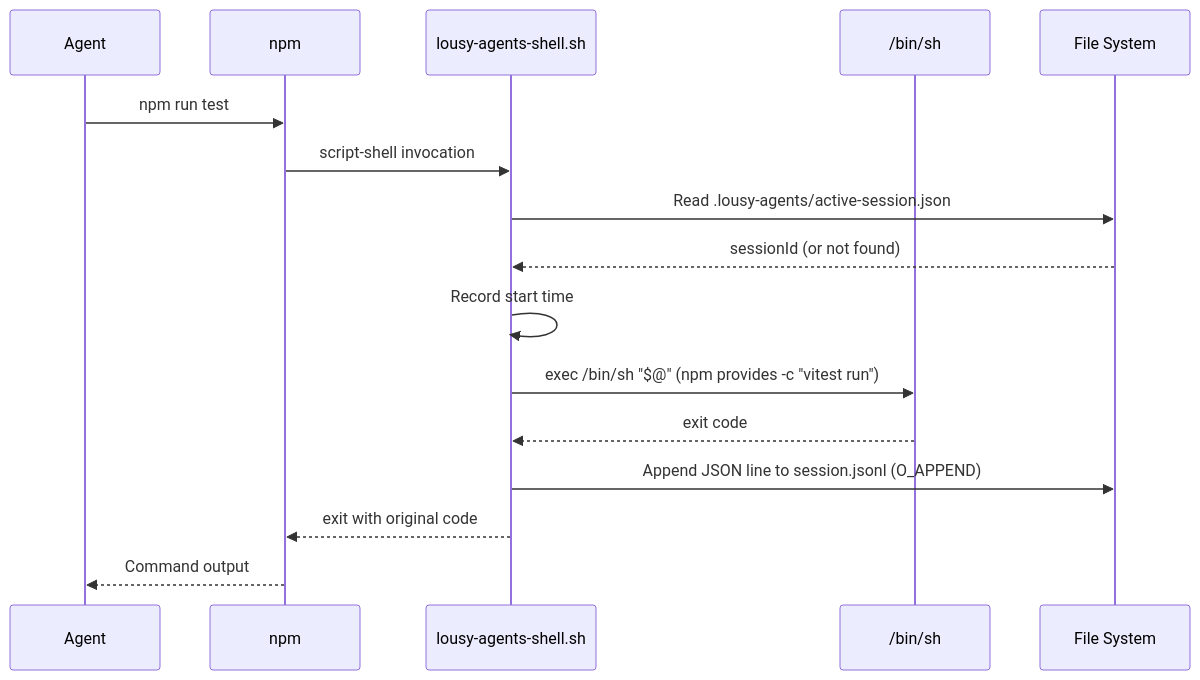
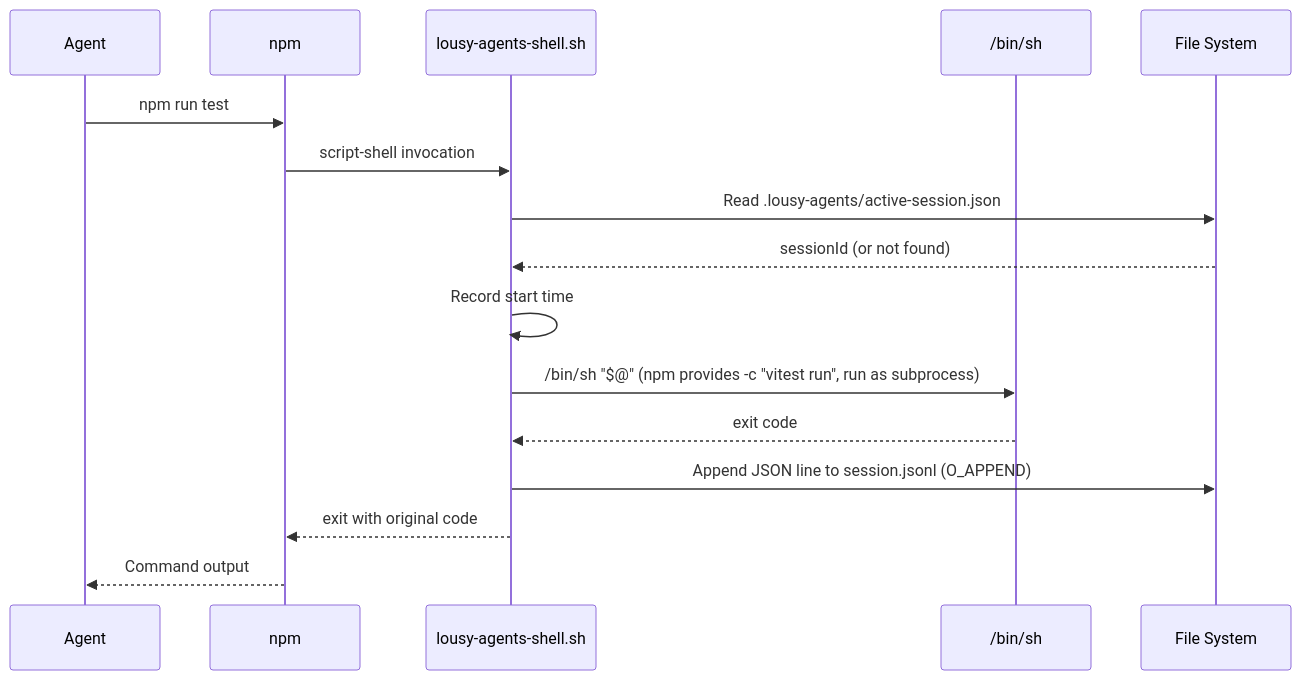
One commit to zpratt/lousy-agents changed the third of 3 diagrams in .github/specs/feedback-loop-checkpoint-tools.spec.md. Above: the diagram before and after it, drawn with Mermaid. The commit also changed other lines of this file, not shown here.

````diff
--- a/.github/specs/feedback-loop-checkpoint-tools.spec.md
+++ b/.github/specs/feedback-loop-checkpoint-tools.spec.md
@@ -227,19 +227,19 @@
 ```mermaid
 sequenceDiagram
     participant Agent
     participant npm
     participant Wrapper as lousy-agents-shell.sh
     participant Shell as /bin/sh
     participant FS as File System
 
     Agent->>npm: npm run test
     npm->>Wrapper: script-shell invocation
     Wrapper->>FS: Read .lousy-agents/active-session.json
     FS-->>Wrapper: sessionId (or not found)
     Wrapper->>Wrapper: Record start time
-    Wrapper->>Shell: exec /bin/sh "$@"  (npm provides -c "vitest run")
+    Wrapper->>Shell: /bin/sh "$@"  (npm provides -c "vitest run", run as subprocess)
     Shell-->>Wrapper: exit code
     Wrapper->>FS: Append JSON line to session.jsonl (O_APPEND)
     Wrapper-->>npm: exit with original code
     npm-->>Agent: Command output
 ```
````
